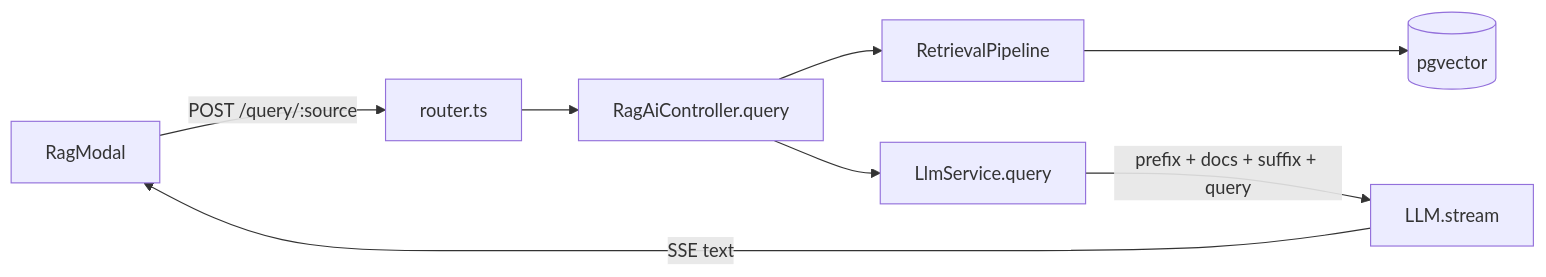
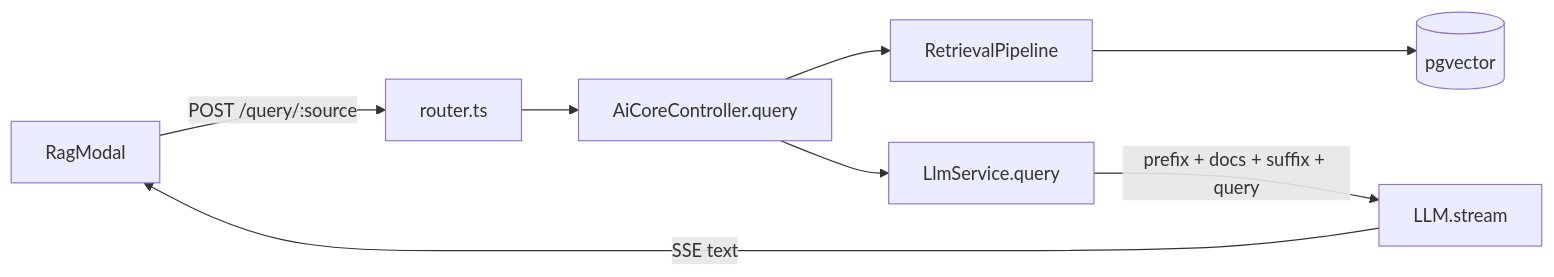
One commit to webstackdev/ai-crew-suite changed the first of 2 diagrams in docs/_notes/RAG_REFACTOR.md. Above: the diagram before and after it, drawn with Mermaid. The commit also changed other lines of this file and 5 other files, not shown here.

Commit message:
Add tests for core backend service controller

````diff
--- a/docs/_notes/RAG_REFACTOR.md
+++ b/docs/_notes/RAG_REFACTOR.md
@@ -30,10 +30,10 @@
 ```mermaid
 flowchart LR
   UI[RagModal] -->|POST /query/:source| R[router.ts]
-  R --> C[RagAiController.query]
+  R --> C[AiCoreController.query]
   C --> P[RetrievalPipeline]
   P --> V[(pgvector)]
   C --> L[LlmService.query]
   L -->|prefix + docs + suffix + query| M[LLM.stream]
   M -->|SSE text| UI
 ```
````
